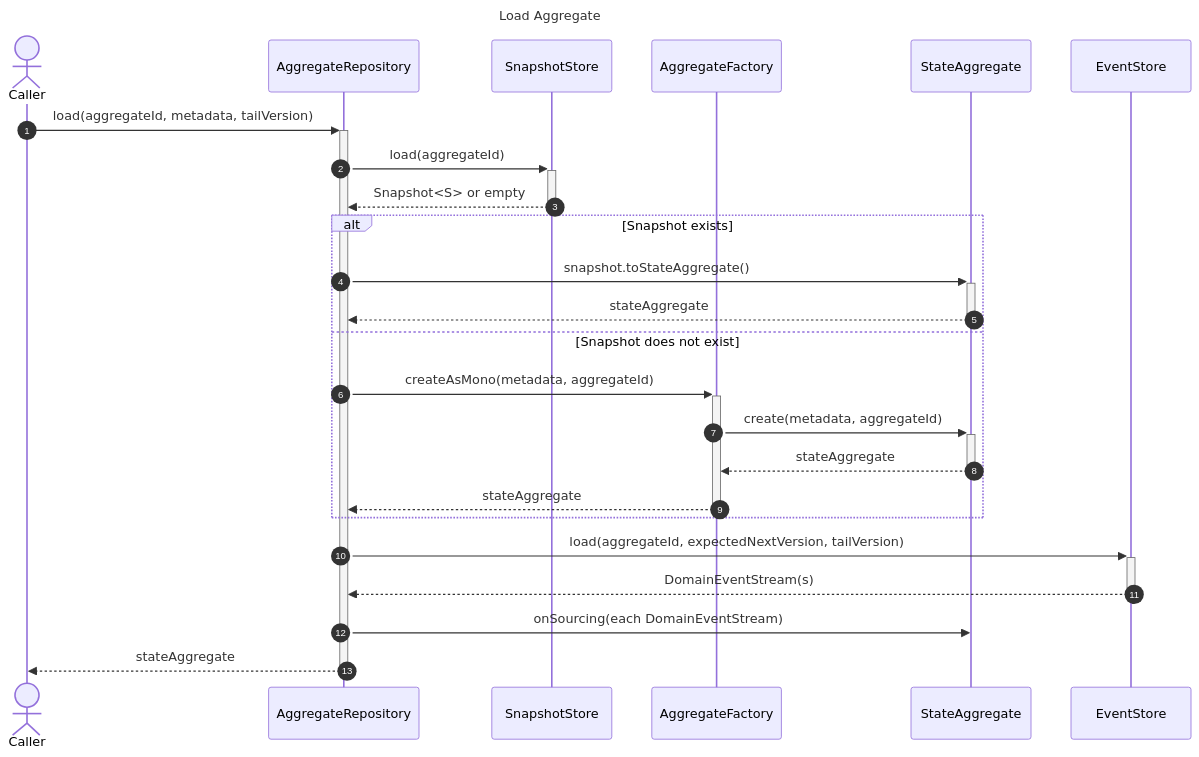
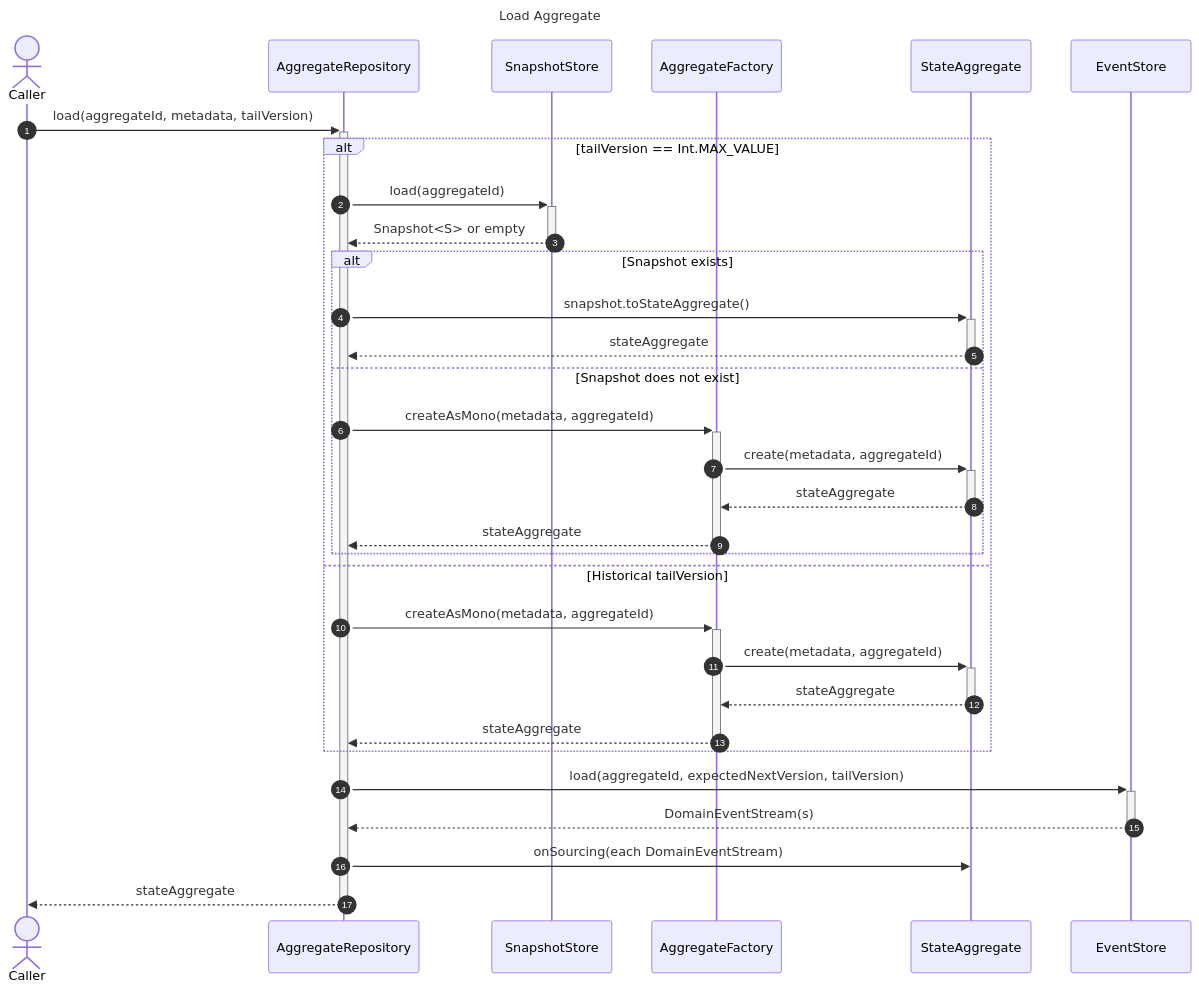
One commit to Ahoo-Wang/Wow changed the diagram in document/design/uml/Load-Aggregate-Sequence-Diagram.mmd. Above: the diagram before and after it, drawn with Mermaid.

Commit message:
docs(design): model historical aggregate loads

```diff
--- a/document/design/uml/Load-Aggregate-Sequence-Diagram.mmd
+++ b/document/design/uml/Load-Aggregate-Sequence-Diagram.mmd
@@ -1,29 +1,35 @@
 sequenceDiagram
     autonumber
     title Load Aggregate
 
     actor Caller
     participant AggregateRepository
     participant SnapshotStore
     participant AggregateFactory
     participant StateAggregate
     participant EventStore
 
     Caller->>+AggregateRepository: load(aggregateId, metadata, tailVersion)
-    AggregateRepository->>+SnapshotStore: load(aggregateId)
-    SnapshotStore-->>-AggregateRepository: Snapshot<S> or empty
-
-    alt Snapshot exists
-        AggregateRepository->>+StateAggregate: snapshot.toStateAggregate()
-        StateAggregate-->>-AggregateRepository: stateAggregate
-    else Snapshot does not exist
+    alt tailVersion == Int.MAX_VALUE
+        AggregateRepository->>+SnapshotStore: load(aggregateId)
+        SnapshotStore-->>-AggregateRepository: Snapshot<S> or empty
+        alt Snapshot exists
+            AggregateRepository->>+StateAggregate: snapshot.toStateAggregate()
+            StateAggregate-->>-AggregateRepository: stateAggregate
+        else Snapshot does not exist
+            AggregateRepository->>+AggregateFactory: createAsMono(metadata, aggregateId)
+            AggregateFactory->>+StateAggregate: create(metadata, aggregateId)
+            StateAggregate-->>-AggregateFactory: stateAggregate
+            AggregateFactory-->>-AggregateRepository: stateAggregate
+        end
+    else Historical tailVersion
         AggregateRepository->>+AggregateFactory: createAsMono(metadata, aggregateId)
         AggregateFactory->>+StateAggregate: create(metadata, aggregateId)
         StateAggregate-->>-AggregateFactory: stateAggregate
         AggregateFactory-->>-AggregateRepository: stateAggregate
     end
 
     AggregateRepository->>+EventStore: load(aggregateId, expectedNextVersion, tailVersion)
     EventStore-->>-AggregateRepository: DomainEventStream(s)
     AggregateRepository->>StateAggregate: onSourcing(each DomainEventStream)
     AggregateRepository-->>-Caller: stateAggregate
```
